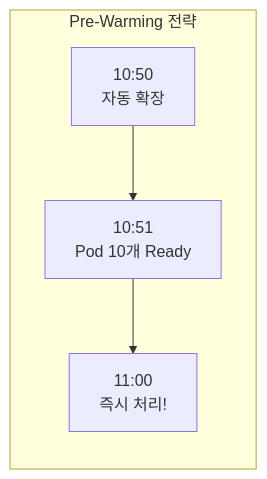
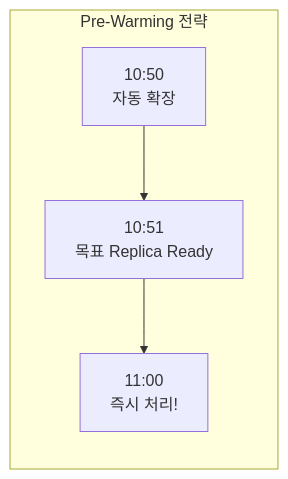
The second of 2 diagrams in docs/content/infrastructure/traffic.md (goorm-gongbang/001-finalPR), drawn with Mermaid before and after one commit. The commit also changed other lines of this file and 3 other files, not shown here.

````diff
--- a/docs/content/infrastructure/traffic.md
+++ b/docs/content/infrastructure/traffic.md
@@ -23,7 +23,7 @@
 ```mermaid
 flowchart LR
     subgraph Solution["Pre-Warming 전략"]
-        A["10:50<br/>자동 확장"] --> B["10:51<br/>Pod 10개 Ready"]
+        A["10:50<br/>자동 확장"] --> B["10:51<br/>목표 Replica Ready"]
         B --> C["11:00<br/>즉시 처리!"]
     end
 ```
````
